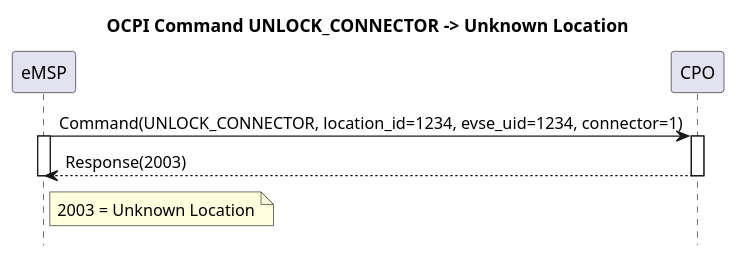
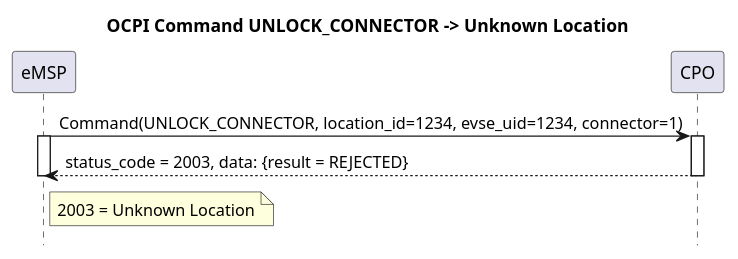
One commit to ocpi/ocpi changed the diagram in plantuml/command_unlock_unknow_location.plantuml. Above: the diagram before and after it, drawn with PlantUML. The commit also changed 9 other files, not shown here.

```diff
--- a/plantuml/command_unlock_unknow_location.plantuml
+++ b/plantuml/command_unlock_unknow_location.plantuml
@@ -1,20 +1,20 @@
 @startuml
 title OCPI Command UNLOCK_CONNECTOR -> Unknown Location
 hide footbox
 
 participant eMSP
 participant CPO
 
 
 eMSP ->  CPO:  Command(UNLOCK_CONNECTOR, location_id=1234, evse_uid=1234, connector=1)
 activate eMSP
 activate CPO
-CPO  --> eMSP: Response(2003)
+CPO  --> eMSP: status_code = 2003, data: {result = REJECTED}
 
 note right of eMSP
 2003 = Unknown Location
 end note
 
 deactivate CPO
 deactivate eMSP
 @enduml
```
